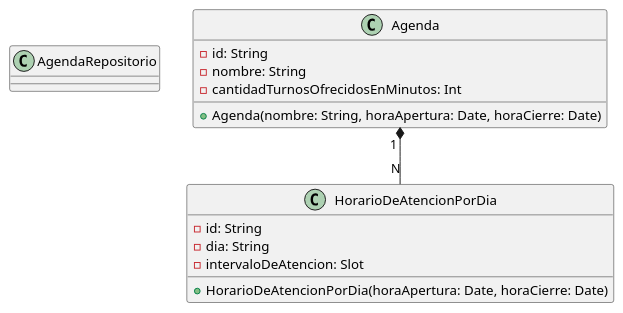
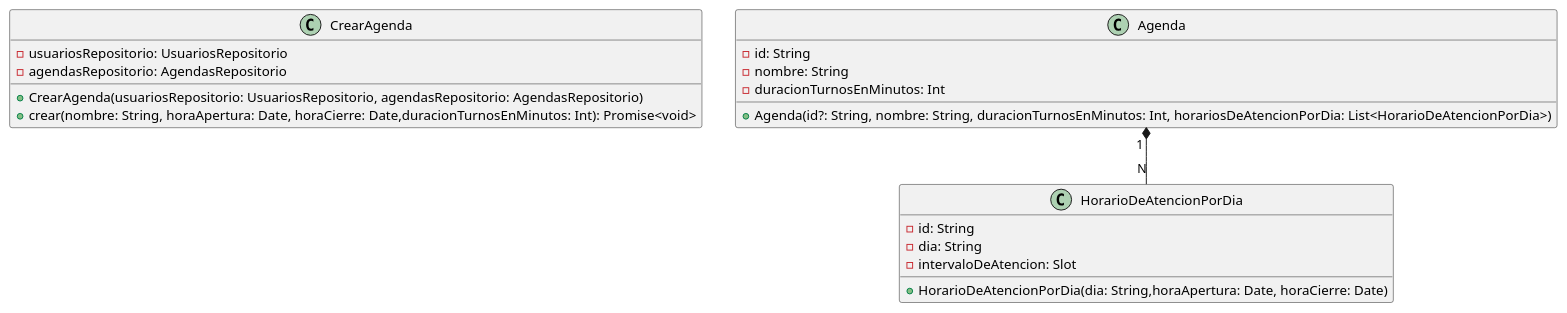
Before and after one commit to Mriat30/agenda-api: the diagram in docs/agenda.plantuml, drawn with PlantUML.

Commit message:
feat: agrego documentacion

```diff
--- a/docs/agenda.plantuml
+++ b/docs/agenda.plantuml
@@ -1,24 +1,27 @@
 @startuml
 
 
-class AgendaRepositorio {
+class CrearAgenda{
+- usuariosRepositorio: UsuariosRepositorio
+- agendasRepositorio: AgendasRepositorio
++CrearAgenda(usuariosRepositorio: UsuariosRepositorio, agendasRepositorio: AgendasRepositorio)
++crear(nombre: String, horaApertura: Date, horaCierre: Date,duracionTurnosEnMinutos: Int): Promise<void>
 }
-
 
 class Agenda{
 -id: String
 -nombre: String
--cantidadTurnosOfrecidosEnMinutos: Int
-+Agenda(nombre: String, horaApertura: Date, horaCierre: Date)
+-duracionTurnosEnMinutos: Int
++Agenda(id?: String, nombre: String, duracionTurnosEnMinutos: Int, horariosDeAtencionPorDia: List<HorarioDeAtencionPorDia>)
 }
 
 class HorarioDeAtencionPorDia{
 -id: String
 -dia: String
 -intervaloDeAtencion: Slot
-+HorarioDeAtencionPorDia(horaApertura: Date, horaCierre: Date)
++HorarioDeAtencionPorDia(dia: String,horaApertura: Date, horaCierre: Date)
 }
 
 Agenda "1 "*-- "N" HorarioDeAtencionPorDia
 
 @enduml
```
